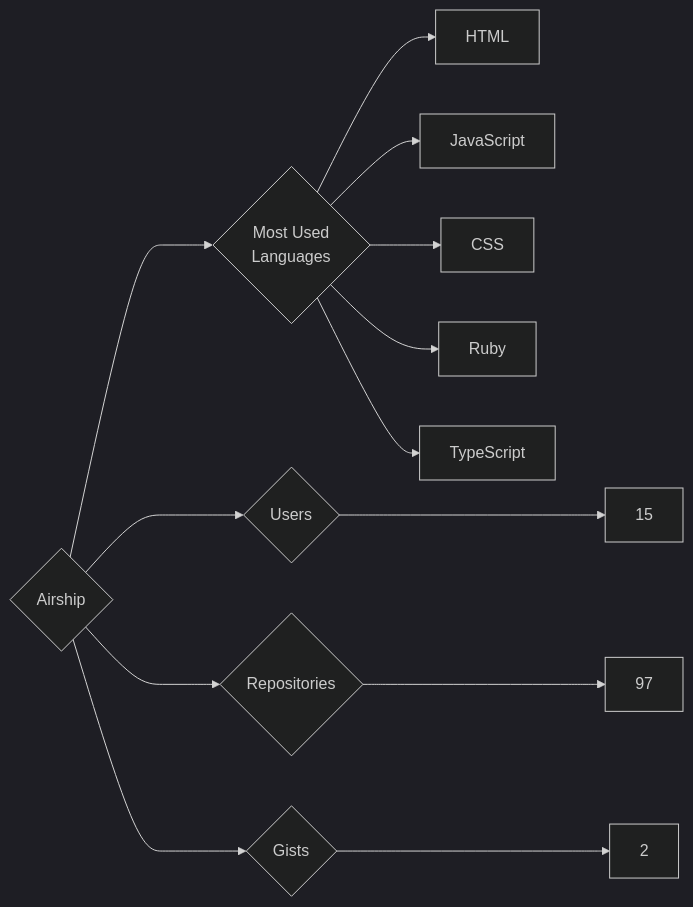
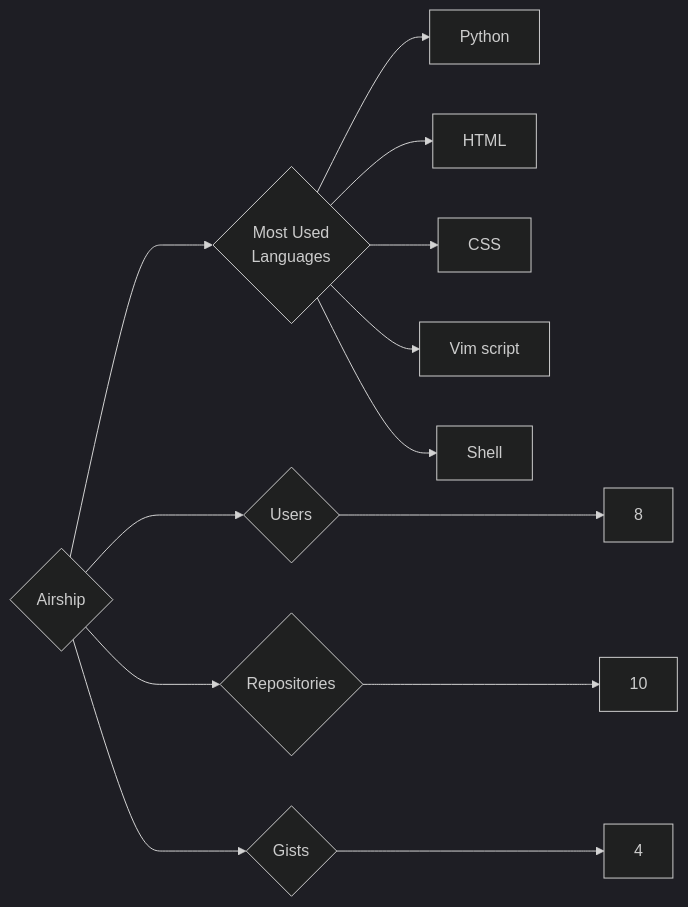
Before and after one commit to trickest/insiders: the diagram in targets/Airship/README.md, drawn with Mermaid (dark theme). The commit also changed 629 other files, not shown here.

````diff
--- a/targets/Airship/README.md
+++ b/targets/Airship/README.md
@@ -3,13 +3,13 @@
 ```mermaid
 graph LR
 COMPANY_NAME{Airship}
-COMPANY_NAME ---> U{Users} ---> UN[15]
-COMPANY_NAME ---> R{Repositories} ---> RN[97]
-COMPANY_NAME ---> G{Gists} ---> GN[2]
+COMPANY_NAME ---> U{Users} ---> UN[8]
+COMPANY_NAME ---> R{Repositories} ---> RN[10]
+COMPANY_NAME ---> G{Gists} ---> GN[4]
 COMPANY_NAME ---> ML{Most Used<br>Languages}
+ML --> Python[Python]
 ML --> HTML[HTML]
-ML --> JavaScript[JavaScript]
 ML --> CSS[CSS]
-ML --> Ruby[Ruby]
-ML --> TypeScript[TypeScript]
+ML --> Vim_script[Vim script]
+ML --> Shell[Shell]
 ```
````
